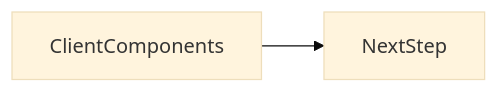
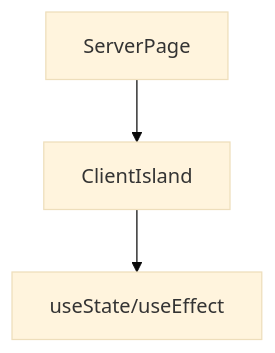
The second of 2 diagrams in docs/en/11-nextjs/client-components/index.md (OmidJavaherii/Frontend-Engineering-Handbook), drawn with Mermaid (base theme) before and after one commit. The commit also changed other lines of this file and 461 other files, not shown here.

````diff
--- a/docs/en/11-nextjs/client-components/index.md
+++ b/docs/en/11-nextjs/client-components/index.md
@@ -96,4 +114,5 @@
 ```mermaid
-flowchart LR
-  concept[ClientComponents] --> nextStep[NextStep]
+flowchart TD
+  ServerPage --> ClientIsland
+  ClientIsland --> HookState[useState/useEffect]
 ```
````
